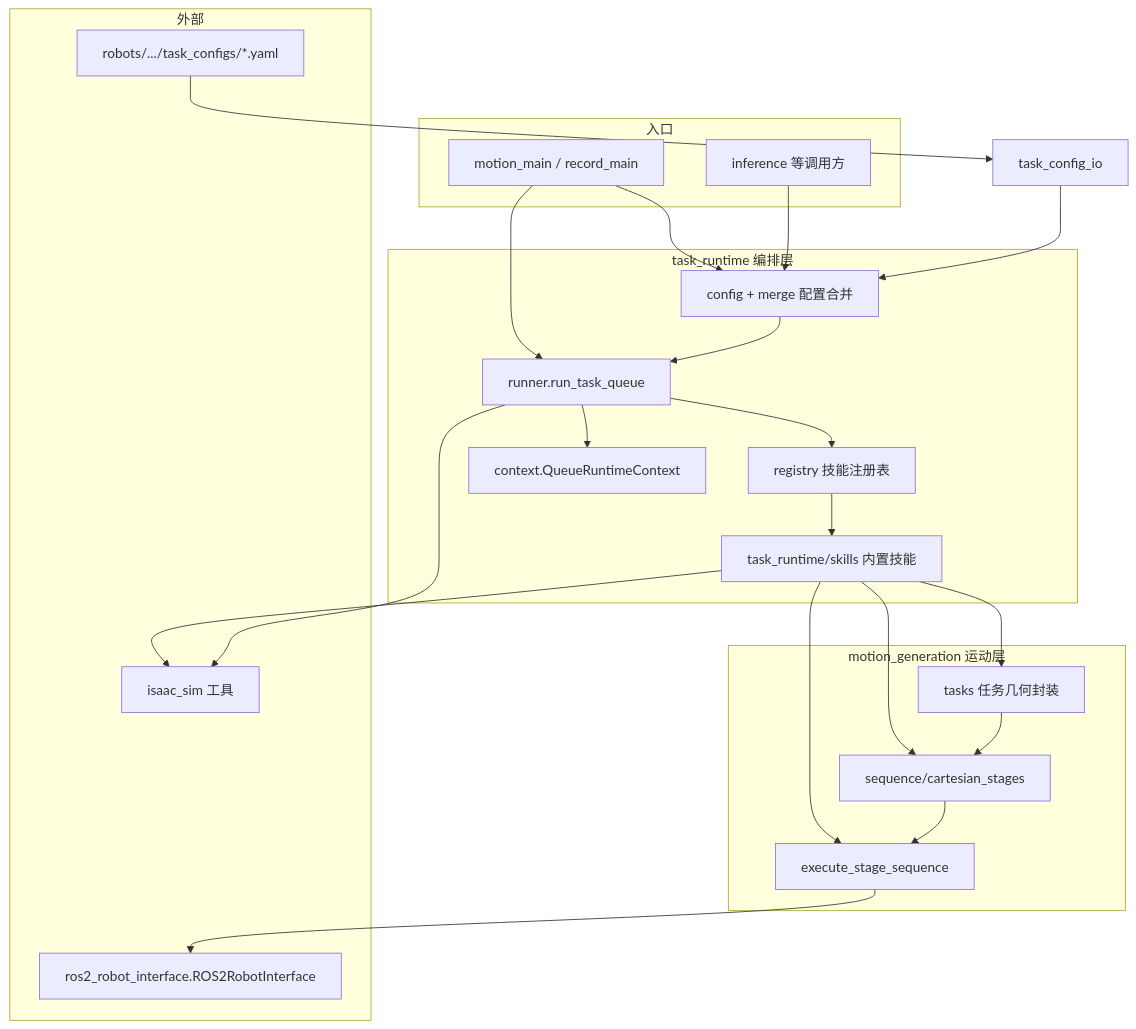
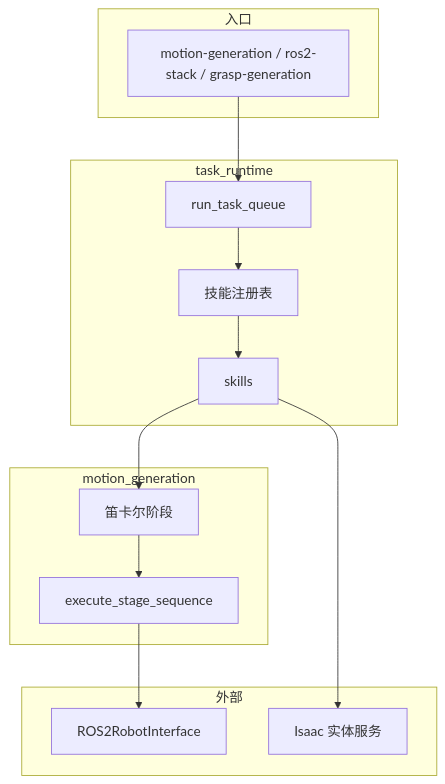
Before and after one commit to fiveages-sim/robot_action_composer: the diagram in README.md, drawn with Mermaid. The commit also changed other lines of this file and 103 other files, not shown here.

````diff
--- a/README.md
+++ b/README.md
@@ -40,45 +114,23 @@
 ```mermaid
 flowchart TB
   subgraph entry [入口]
-    CLI[motion_main / record_main]
-    INF[inference 等调用方]
+    CLI[motion-generation / ros2-stack / grasp-generation]
   end
-
-  subgraph tr [task_runtime 编排层]
-    R[runner.run_task_queue]
-    REG[registry 技能注册表]
-    SK[task_runtime/skills 内置技能]
-    CFG[config + merge 配置合并]
-    CTX[context.QueueRuntimeContext]
+  subgraph tr [task_runtime]
+    R[run_task_queue]
+    REG[技能注册表]
+    SK[skills]
   end
-
-  subgraph mg [motion_generation 运动层]
-    SEQ[sequence/cartesian_stages]
-    TSK[tasks 任务几何封装]
+  subgraph mg [motion_generation]
+    SEQ[笛卡尔阶段]
     EX[execute_stage_sequence]
   end
-
   subgraph ext [外部]
-    RI[ros2_robot_interface.ROS2RobotInterface]
-    ISA[isaac_sim 工具]
-    YAML[robots/.../task_configs/*.yaml]
+    RI[ROS2RobotInterface]
+    ISA[Isaac 实体服务]
   end
-
-  CLI --> CFG
   CLI --> R
-  INF --> CFG
-  YAML --> task_config_io
-  task_config_io --> CFG
-  CFG --> R
-  R --> CTX
-  R --> REG
-  REG --> SK
-  SK --> SEQ
-  SK --> TSK
-  TSK --> SEQ
-  SK --> EX
-  SEQ --> EX
-  EX --> RI
+  R --> REG --> SK
+  SK --> SEQ --> EX --> RI
   SK --> ISA
-  R --> ISA
 ```
````
